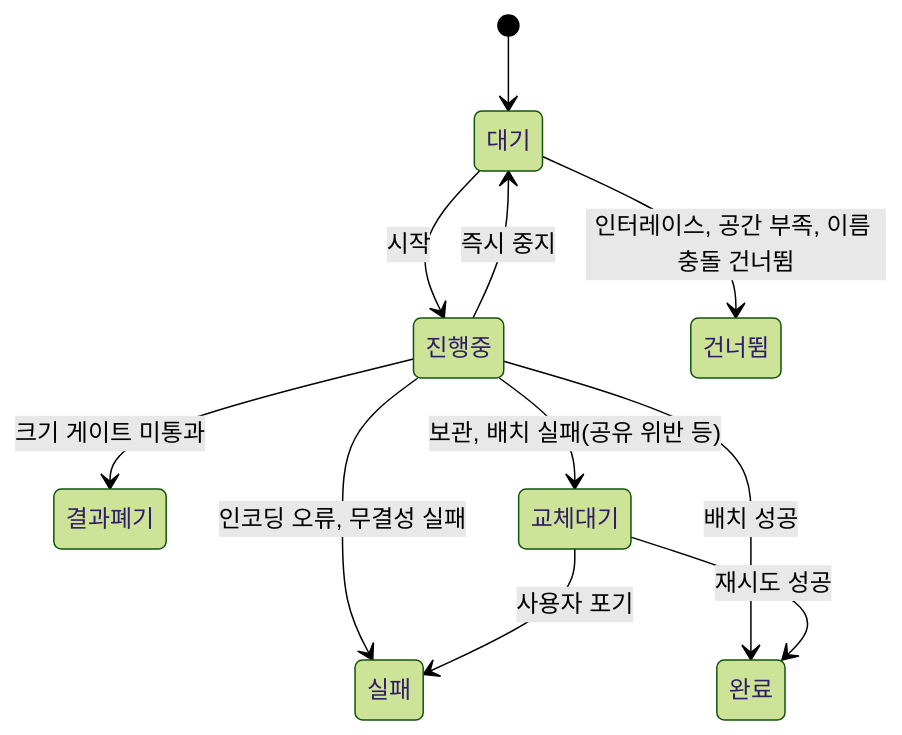
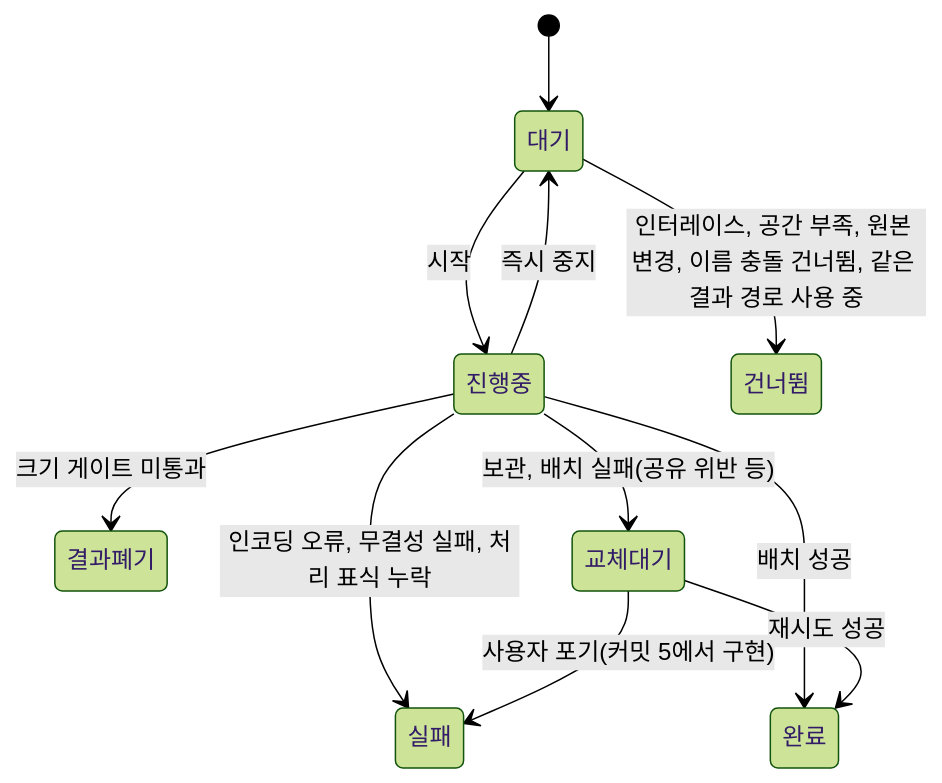
Before and after one commit to signal1310/video_scripts: the second of 2 diagrams in IMPLEMENTATION_PLAN.md, drawn with Mermaid (forest theme). The commit also changed other lines of this file, not shown here.

````diff
--- a/IMPLEMENTATION_PLAN.md
+++ b/IMPLEMENTATION_PLAN.md
@@ -500,13 +533,13 @@
 ```mermaid
 stateDiagram-v2
     [*] --> 대기
     대기 --> 진행중: 시작
-    대기 --> 건너뜀: 인터레이스, 공간 부족, 이름 충돌 건너뜀
+    대기 --> 건너뜀: 인터레이스, 공간 부족, 원본 변경, 이름 충돌 건너뜀, 같은 결과 경로 사용 중
     진행중 --> 대기: 즉시 중지
-    진행중 --> 실패: 인코딩 오류, 무결성 실패
+    진행중 --> 실패: 인코딩 오류, 무결성 실패, 처리 표식 누락
     진행중 --> 결과폐기: 크기 게이트 미통과
     진행중 --> 교체대기: 보관, 배치 실패(공유 위반 등)
     진행중 --> 완료: 배치 성공
     교체대기 --> 완료: 재시도 성공
-    교체대기 --> 실패: 사용자 포기
+    교체대기 --> 실패: 사용자 포기(커밋 5에서 구현)
 ```
````
